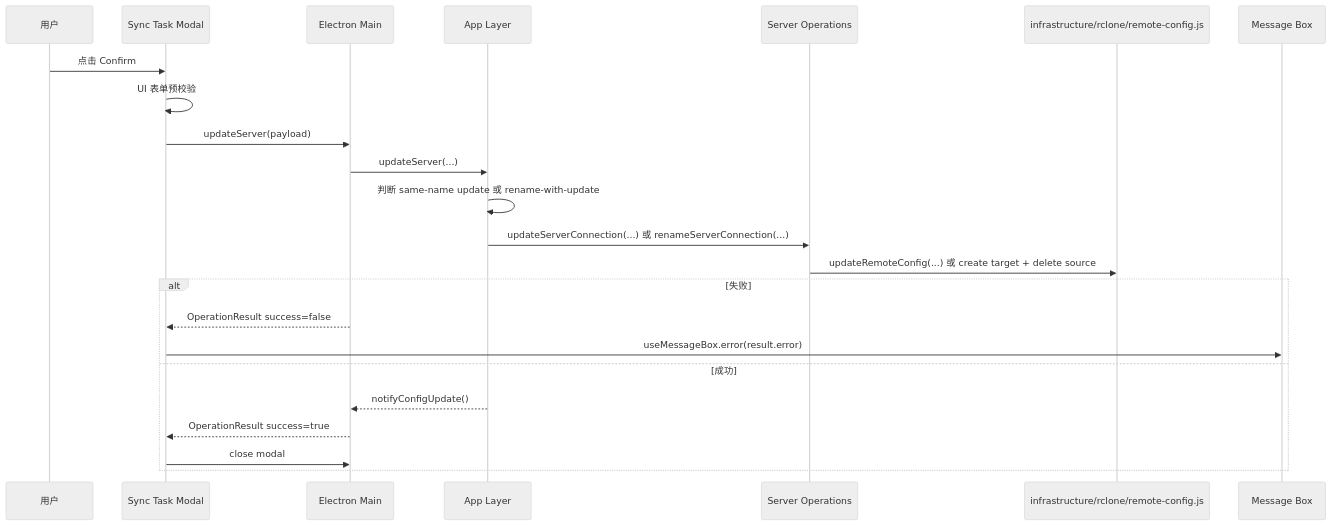
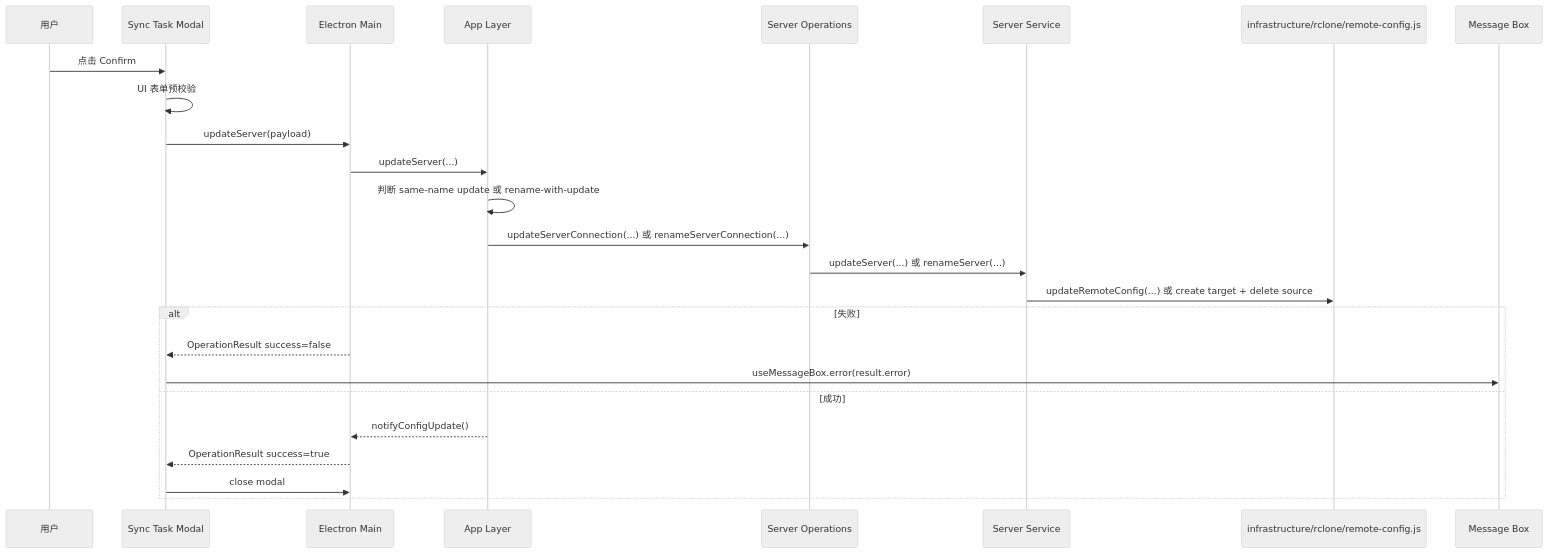
One commit to agalloch21/sync-with-rclone changed diagram 14 of 15 in docs/Flows.md. Above: the diagram before and after it, drawn with Mermaid (neutral theme). The commit also changed other lines of this file and 27 other files, not shown here.

````diff
--- a/docs/Flows.md
+++ b/docs/Flows.md
@@ -443,26 +447,28 @@
 ```mermaid
 sequenceDiagram
   participant U as 用户
   participant M as Sync Task Modal
   participant EM as Electron Main
   participant APP as App Layer
   participant SO as Server Operations
+  participant SS as Server Service
   participant RC as infrastructure/rclone/remote-config.js
   participant MB as Message Box
 
   U->>M: 点击 Confirm
   M->>M: UI 表单预校验
   M->>EM: updateServer(payload)
   EM->>APP: updateServer(...)
   APP->>APP: 判断 same-name update 或 rename-with-update
   APP->>SO: updateServerConnection(...) 或 renameServerConnection(...)
-  SO->>RC: updateRemoteConfig(...) 或 create target + delete source
+  SO->>SS: updateServer(...) 或 renameServer(...)
+  SS->>RC: updateRemoteConfig(...) 或 create target + delete source
   alt 失败
     EM-->>M: OperationResult success=false
     M->>MB: useMessageBox.error(result.error)
   else 成功
     APP-->>EM: notifyConfigUpdate()
     EM-->>M: OperationResult success=true
     M->>EM: close modal
   end
 ```
````
